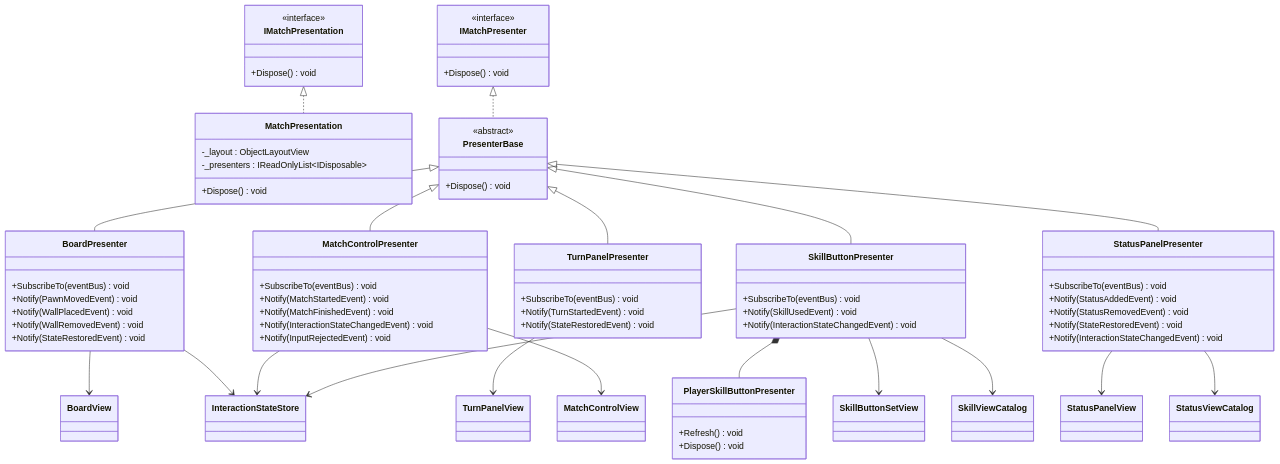
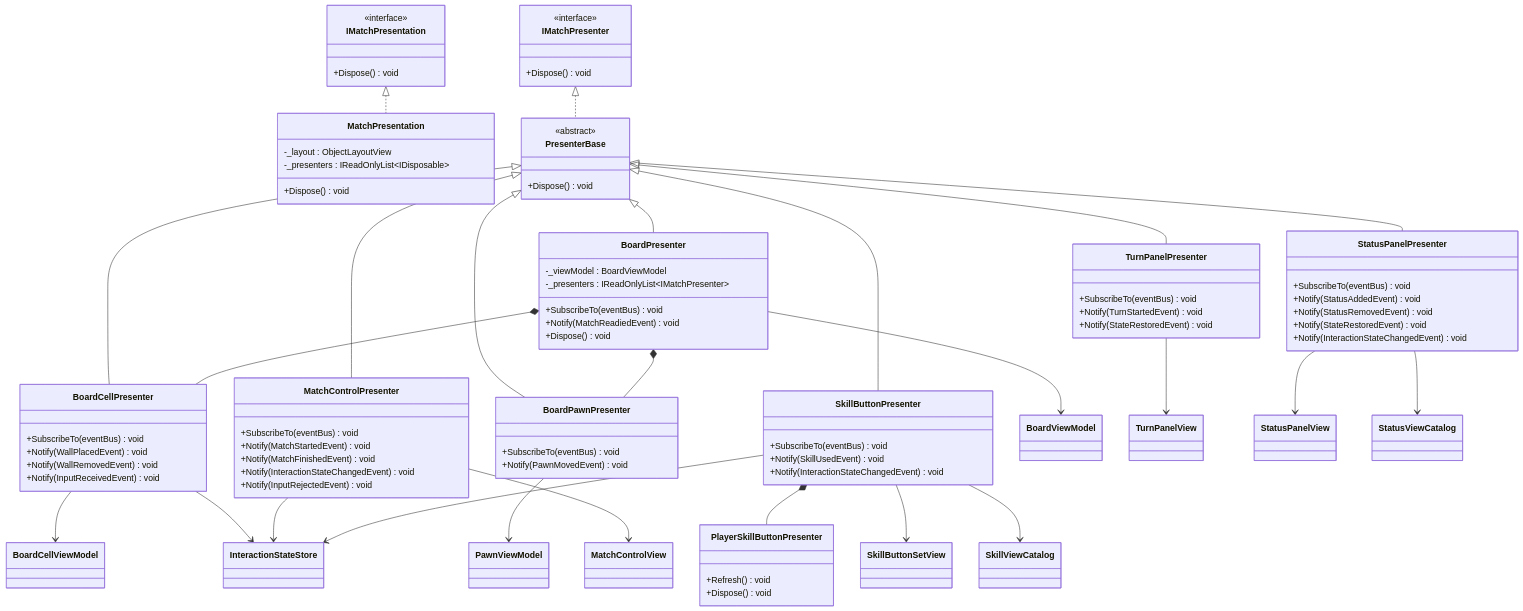
The first of 4 diagrams in Assets/Scripts/Diagram/Presenter.md (takaotokuno/unity-quoridor), drawn with Mermaid before and after one commit. The commit also changed other lines of this file and 157 other files, not shown here.

```diff
--- a/Assets/Scripts/Diagram/Presenter.md
+++ b/Assets/Scripts/Diagram/Presenter.md
@@ -28,11 +28,23 @@
     IMatchPresenter <|.. PresenterBase
 
     class BoardPresenter{
+        -_viewModel : BoardViewModel
+        -_presenters : IReadOnlyList~IMatchPresenter~
+        +SubscribeTo(eventBus) void
+        +Notify(MatchReadiedEvent) void
+        +Dispose() void
+    }
+
+    class BoardCellPresenter{
+        +SubscribeTo(eventBus) void
+        +Notify(WallPlacedEvent) void
+        +Notify(WallRemovedEvent) void
+        +Notify(InputReceivedEvent) void
+    }
+
+    class BoardPawnPresenter{
         +SubscribeTo(eventBus) void
         +Notify(PawnMovedEvent) void
-        +Notify(WallPlacedEvent) void
-        +Notify(WallRemovedEvent) void
-        +Notify(StateRestoredEvent) void
     }
 
     class TurnPanelPresenter{
@@ -69,17 +81,23 @@
     }
 
     PresenterBase <|-- BoardPresenter
+    PresenterBase <|-- BoardCellPresenter
+    PresenterBase <|-- BoardPawnPresenter
     PresenterBase <|-- TurnPanelPresenter
     PresenterBase <|-- MatchControlPresenter
     PresenterBase <|-- SkillButtonPresenter
     PresenterBase <|-- StatusPanelPresenter
     SkillButtonPresenter *-- PlayerSkillButtonPresenter
-    BoardPresenter --> BoardView
+    BoardPresenter *-- BoardCellPresenter
+    BoardPresenter *-- BoardPawnPresenter
+    BoardPresenter --> BoardViewModel
+    BoardCellPresenter --> BoardCellViewModel
+    BoardPawnPresenter --> PawnViewModel
     TurnPanelPresenter --> TurnPanelView
     MatchControlPresenter --> MatchControlView
     SkillButtonPresenter --> SkillButtonSetView
     StatusPanelPresenter --> StatusPanelView
-    BoardPresenter --> InteractionStateStore
+    BoardCellPresenter --> InteractionStateStore
     MatchControlPresenter --> InteractionStateStore
     SkillButtonPresenter --> InteractionStateStore
     StatusPanelPresenter --> StatusViewCatalog
```
